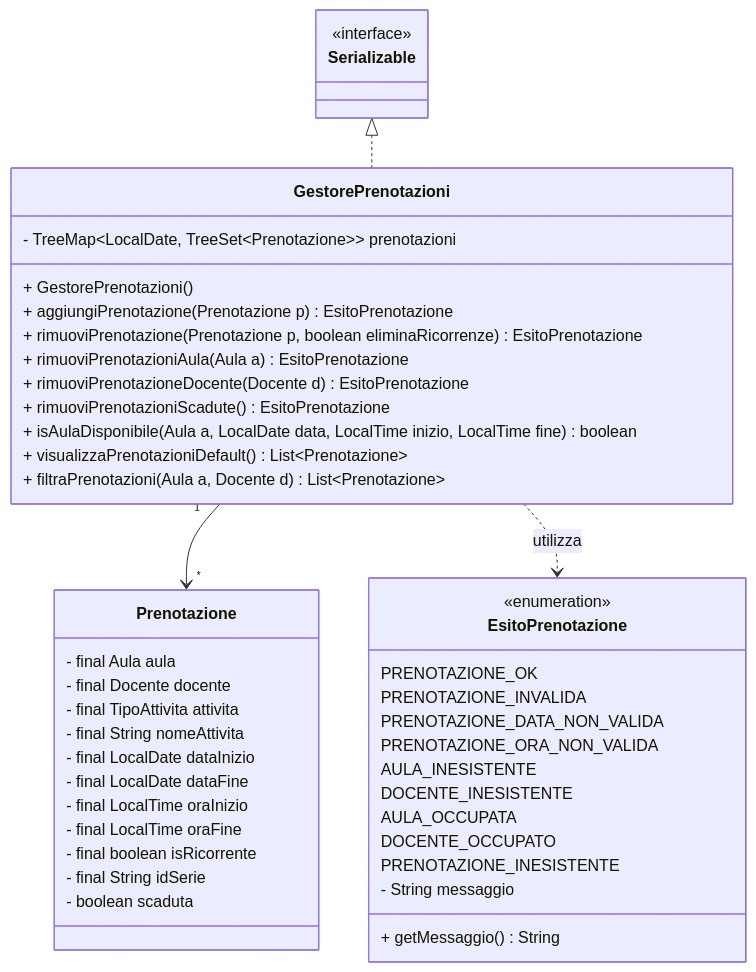
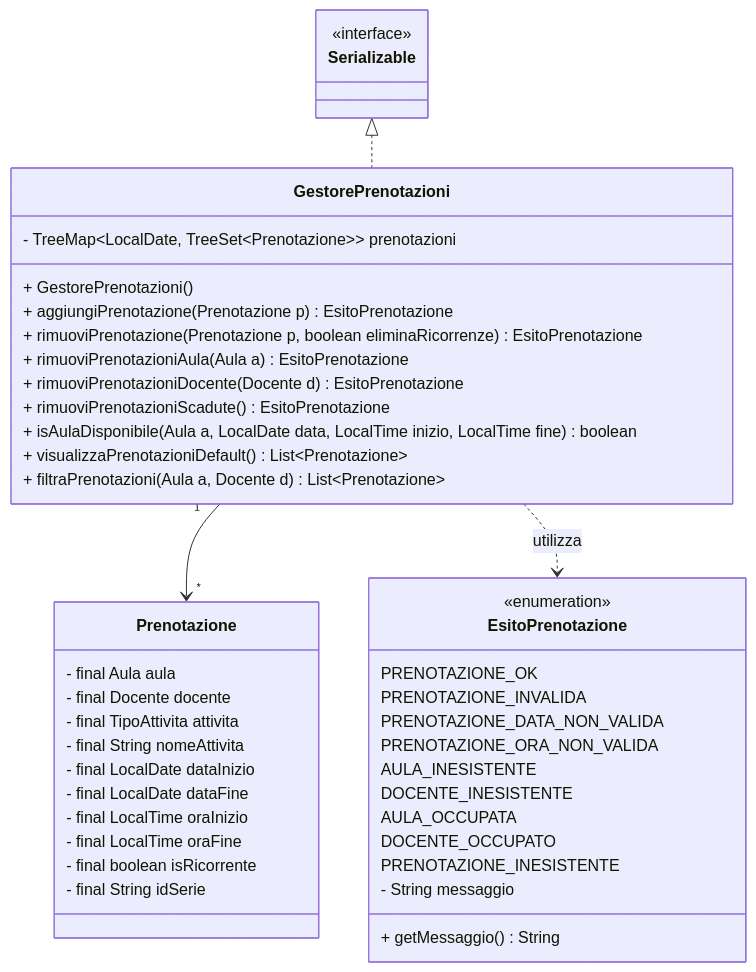
Before and after one commit to gcarbone48/PrenotazioneAule5: the diagram in diagrams/class diagrams/gestorePrenotazioniClass.md, drawn with Mermaid. The commit also changed 2 other files, not shown here.

Commit message:
FIX: rimosso attributo scaduta dalla classe Prenotazione fix vari sui commenti fix typo 67 FEAT: aggiunta parametri  alle enumerazioni degli esiti

```diff
--- a/diagrams/class diagrams/gestorePrenotazioniClass.md
+++ b/diagrams/class diagrams/gestorePrenotazioniClass.md
@@ -18,7 +18,6 @@
         - final LocalTime oraFine
         - final boolean isRicorrente
         - final String idSerie     
-        - boolean scaduta
         %% codice interno x controlli nostri
     }
 
@@ -40,9 +39,9 @@
 
         %% rimuovi prenotazione per docente
         %% da utilizzare quando viene rimosso un docente
-        + rimuoviPrenotazioneDocente(Docente d) EsitoPrenotazione
+        + rimuoviPrenotazioniDocente(Docente d) EsitoPrenotazione
 
-        %% rimuovi prenotazioni scadute (da chiamare all'avvio PS2)
+        %% rimuovi prenotazioni scadute (da chiamare all'avvio PS3)
         + rimuoviPrenotazioniScadute() EsitoPrenotazione
 
         %% controllo aula disponibile 
@@ -53,7 +52,7 @@
         
         %% visualizzazione prenotazioni filtrate
         %% aula == null / docente != null --> filtra docente
-        %% aula != null / docente != null --> filtra aula
+        %% aula != null / docente == null --> filtra aula
         %% aula != null / docente != null --> filtra x entrambi
         %% aula == null / docente == null --> === visualizzaPrenotazioniDefault()
         + filtraPrenotazioni(Aula a, Docente d) List~Prenotazione~
```
